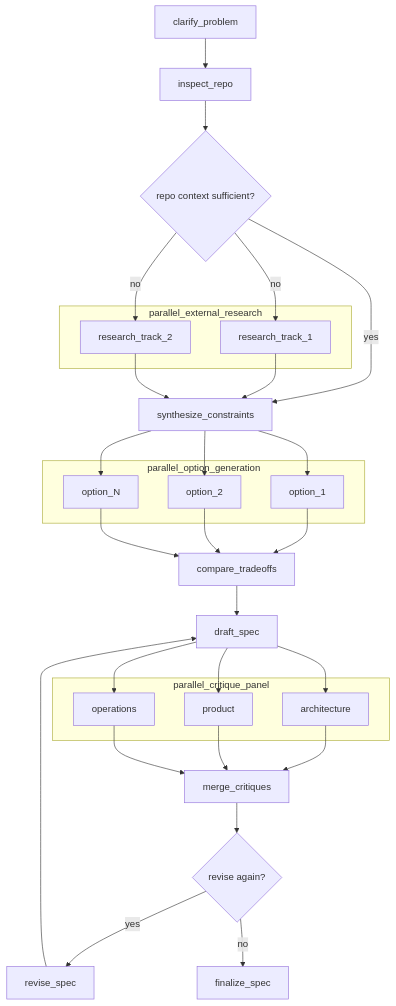
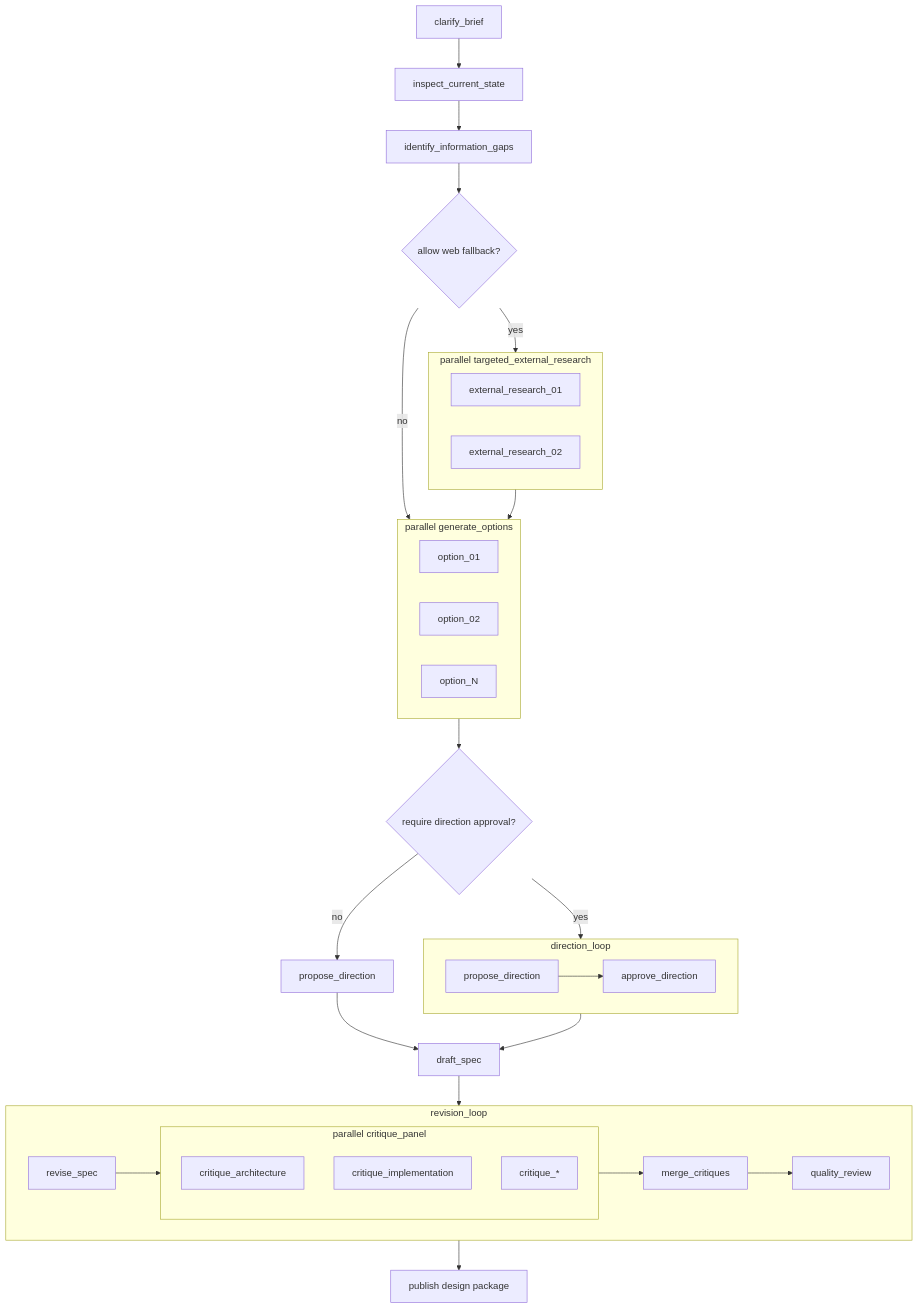
One commit to koji98/agentflow changed the diagram in docs/SPEC_DESIGN_WORKFLOW.md. Above: the diagram before and after it, drawn with Mermaid. The commit also changed other lines of this file and 23 other files, not shown here.

````diff
--- a/docs/SPEC_DESIGN_WORKFLOW.md
+++ b/docs/SPEC_DESIGN_WORKFLOW.md
@@ -25,55 +9,54 @@
 ```mermaid
 flowchart TD
-    clarify["clarify_problem"]
-    inspect["inspect_repo"]
-    gap{"repo context sufficient?"}
-    constraints["synthesize_constraints"]
-    tradeoffs["compare_tradeoffs"]
-    draft["draft_spec"]
-    merge["merge_critiques"]
-    revise{"revise again?"}
-    reviseNode["revise_spec"]
-    finalize["finalize_spec"]
+    brief["clarify_brief"]
+    inspect["inspect_current_state"]
+    gaps["identify_information_gaps"]
+    external{"allow web fallback?"}
 
-    subgraph research["parallel_external_research"]
-        er1["research_track_1"]
-        er2["research_track_2"]
+    subgraph ext["parallel targeted_external_research"]
+        er1["external_research_01"]
+        er2["external_research_02"]
     end
 
-    subgraph options["parallel_option_generation"]
-        o1["option_1"]
-        o2["option_2"]
+    subgraph options["parallel generate_options"]
+        o1["option_01"]
+        o2["option_02"]
         oN["option_N"]
     end
 
-    subgraph critique["parallel_critique_panel"]
-        c1["architecture"]
-        c2["product"]
-        c3["operations"]
+    direction{"require direction approval?"}
+    directionOnce["propose_direction"]
+
+    subgraph directionLoop["direction_loop"]
+        d1["propose_direction"]
+        d2["approve_direction"]
+        d1 --> d2
     end
 
-    clarify --> inspect --> gap
-    gap -->|yes| constraints
-    gap -->|no| er1
-    gap -->|no| er2
-    er1 --> constraints
-    er2 --> constraints
+    draft["draft_spec"]
 
-    constraints --> o1
-    constraints --> o2
-    constraints --> oN
-    o1 --> tradeoffs
-    o2 --> tradeoffs
-    oN --> tradeoffs
+    subgraph revision["revision_loop"]
+        r1["revise_spec"]
 
-    tradeoffs --> draft
-    draft --> c1
-    draft --> c2
-    draft --> c3
-    c1 --> merge
-    c2 --> merge
-    c3 --> merge
-    merge --> revise
-    revise -->|yes| reviseNode --> draft
-    revise -->|no| finalize
+        subgraph critique["parallel critique_panel"]
+            c1["critique_architecture"]
+            c2["critique_implementation"]
+            cN["critique_*"]
+        end
+
+        r2["merge_critiques"]
+        r3["quality_review"]
+
+        r1 --> critique --> r2 --> r3
+    end
+
+    publish["publish design package"]
+
+    brief --> inspect --> gaps --> external
+    external -->|no| options
+    external -->|yes| ext --> options
+    options --> direction
+    direction -->|no| directionOnce --> draft
+    direction -->|yes| directionLoop --> draft
+    draft --> revision --> publish
 ```
````
